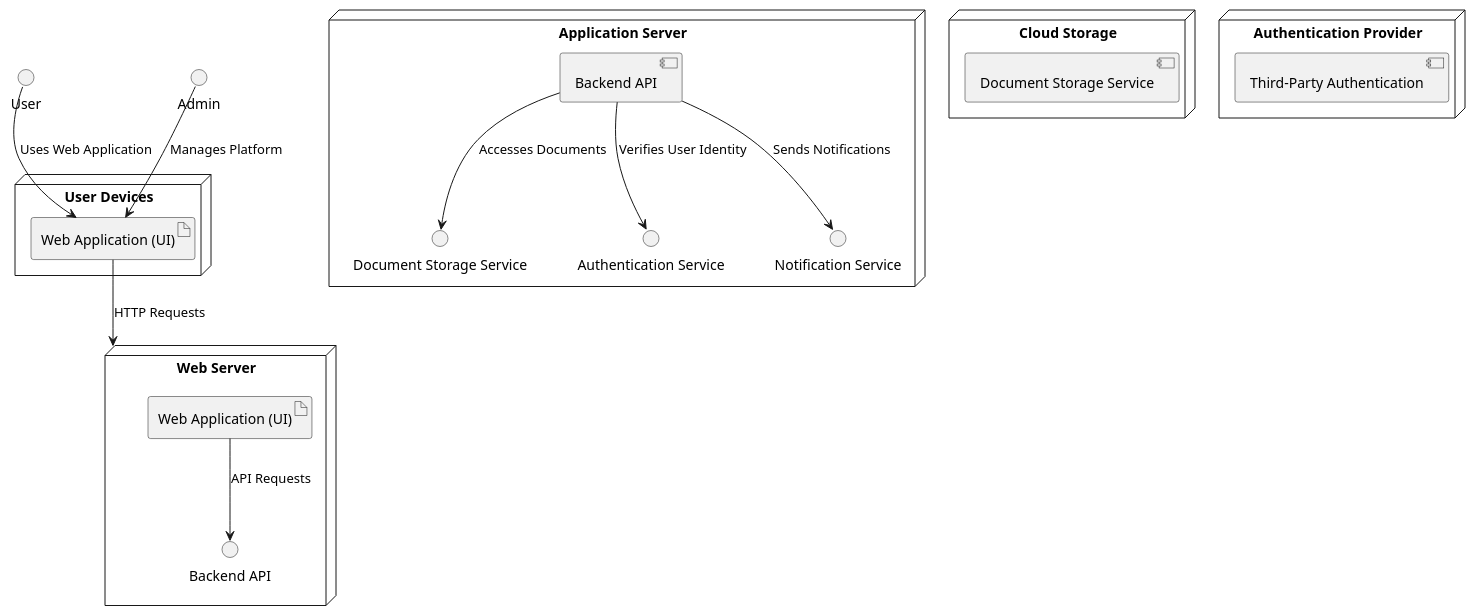
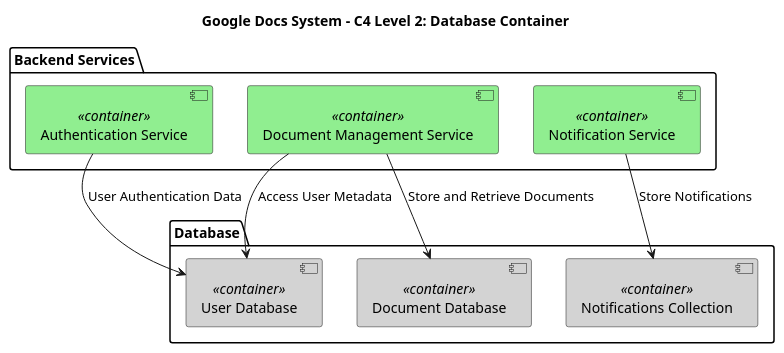
The eighth of 9 diagrams in Plantumlcodes.md (IIITLucknowSWEngg/CSAICSBTeam013), drawn with PlantUML before and after one commit. The commit also changed other lines of this file, not shown here.

````diff
--- a/Plantumlcodes.md
+++ b/Plantumlcodes.md
@@ -328,33 +315,23 @@
 ```plantuml
 @startuml
-node "Web Server" {
-  artifact "Web Application (UI)" as WebApp
-  WebApp --> "Backend API" : API Requests
+title Google Docs System - C4 Level 2: Database Container
+
+package "Database" {
+  [User Database] <<container>> #lightgrey
+  [Document Database] <<container>> #lightgrey
+  [Notifications Collection] <<container>> #lightgrey
 }
 
-node "Application Server" {
-  component "Backend API" as BackendAPI
-  BackendAPI --> "Document Storage Service" : Accesses Documents
-  BackendAPI --> "Authentication Service" : Verifies User Identity
-  BackendAPI --> "Notification Service" : Sends Notifications
+package "Backend Services" {
+  [Authentication Service] <<container>> #lightgreen
+  [Document Management Service] <<container>> #lightgreen
+  [Notification Service] <<container>> #lightgreen
 }
 
-node "Cloud Storage" {
-  component "Document Storage Service" as DocStorage
-}
-
-node "Authentication Provider" {
-  component "Third-Party Authentication" as ThirdPartyAuth
-}
-
-node "User Devices" {
-  artifact "Web Application (UI)" as WebAppUser
-  WebAppUser --> "Web Server" : HTTP Requests
-}
-
-User --> WebAppUser : Uses Web Application
-Admin --> WebAppUser : Manages Platform
+[Authentication Service] --> [User Database] : "User Authentication Data"
+[Document Management Service] --> [Document Database] : "Store and Retrieve Documents"
+[Notification Service] --> [Notifications Collection] : "Store Notifications"
+[Document Management Service] --> [User Database] : "Access User Metadata"
 
 @enduml
-
 ```
````
